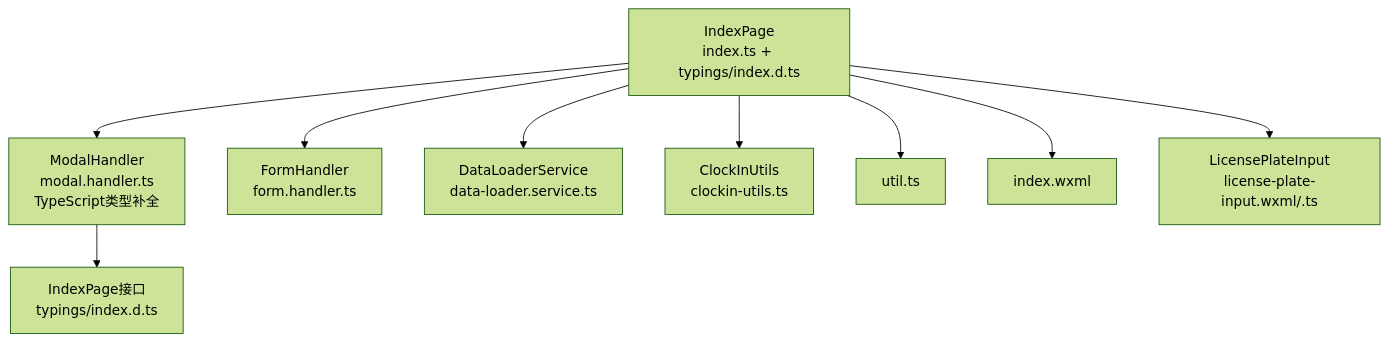
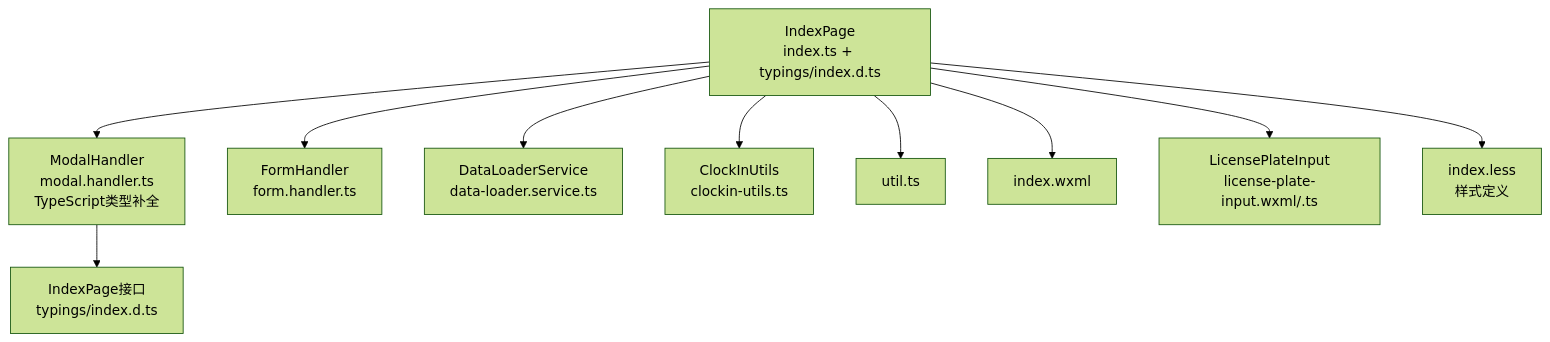
One commit to xwHoward/padoo-consulation-printer changed the first of 8 diagrams in .qoder/repowiki/zh/content/咨询单管理系统/模态框处理器.md. Above: the diagram before and after it, drawn with Mermaid (forest theme). The commit also changed other lines of this file and 21 other files, not shown here.

````diff
--- a/.qoder/repowiki/zh/content/咨询单管理系统/模态框处理器.md
+++ b/.qoder/repowiki/zh/content/咨询单管理系统/模态框处理器.md
@@ -52,11 +54,12 @@
 ```mermaid
 graph TB
 Page["IndexPage<br/>index.ts + typings/index.d.ts"] --> Handler["ModalHandler<br/>modal.handler.ts<br/>TypeScript类型补全"]
 Page --> FormHandler["FormHandler<br/>form.handler.ts"]
 Page --> Loader["DataLoaderService<br/>data-loader.service.ts"]
 Page --> Utils["ClockInUtils<br/>clockin-utils.ts"]
 Page --> Util["util.ts"]
 Page --> WXML["index.wxml"]
 Page --> LPComp["LicensePlateInput<br/>license-plate-input.wxml/.ts"]
+Page --> Styles["index.less<br/>样式定义"]
 Handler --> Types["IndexPage接口<br/>typings/index.d.ts"]
 ```
````
